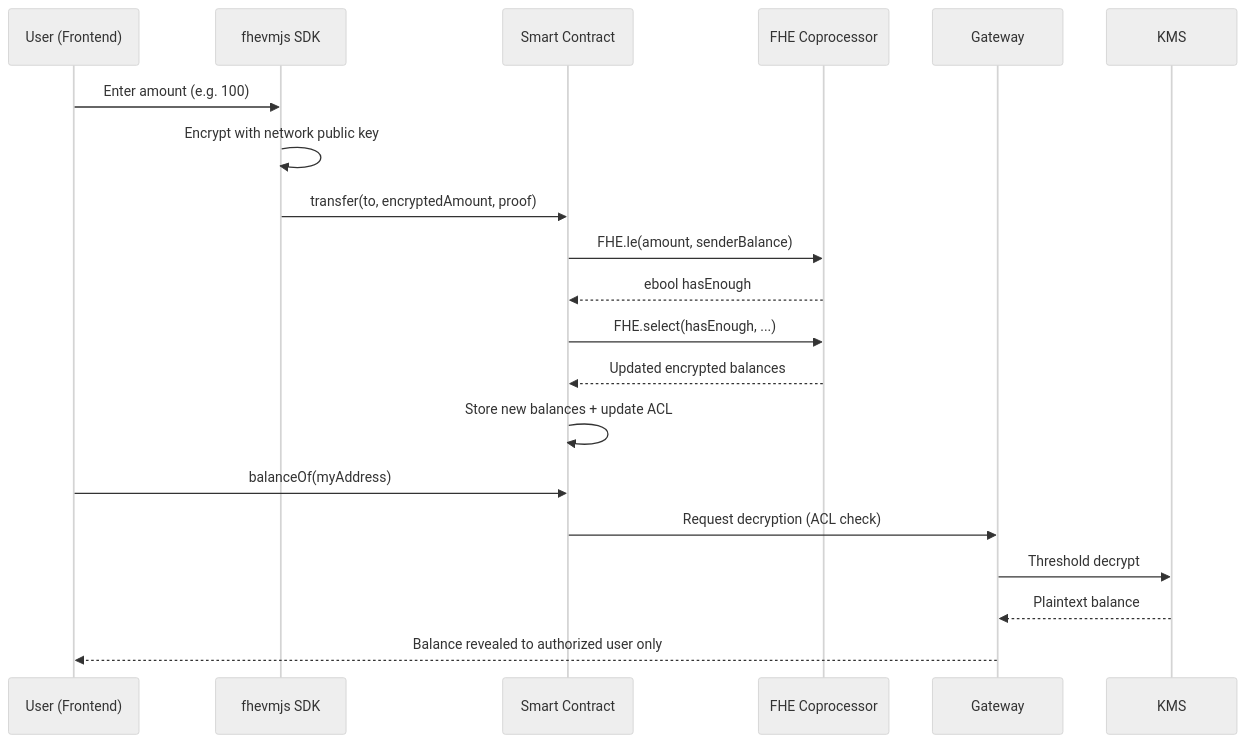
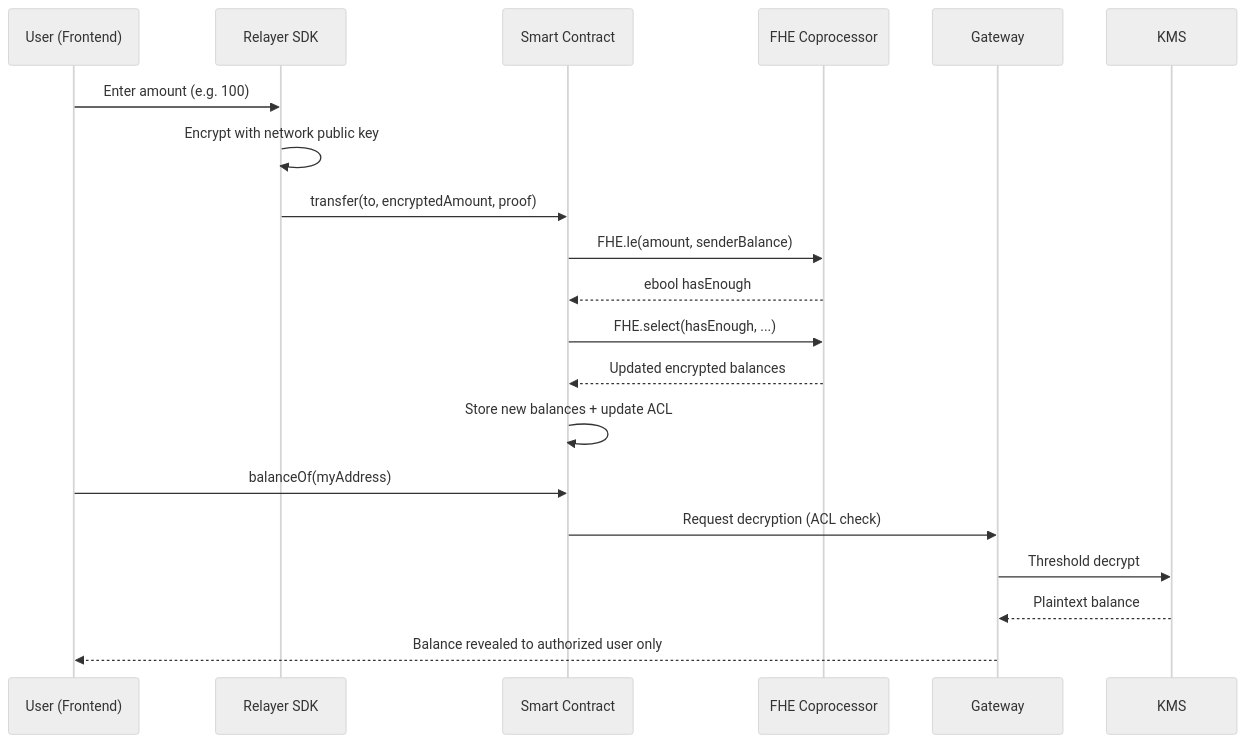
The fourth of 4 diagrams in modules/01-intro-to-fhe/lesson.md (Himess/fhevm-bootcamp), drawn with Mermaid (neutral theme) before and after one commit. The commit also changed other lines of this file and 79 other files, not shown here.

First line of the commit message:
docs audit: 100% Zama v0.10 compatibility + Relayer SDK migration

````diff
--- a/modules/01-intro-to-fhe/lesson.md
+++ b/modules/01-intro-to-fhe/lesson.md
@@ -495,23 +495,23 @@
 ```mermaid
 sequenceDiagram
     participant User as User (Frontend)
-    participant SDK as fhevmjs SDK
+    participant SDK as Relayer SDK
     participant Contract as Smart Contract
     participant Coprocessor as FHE Coprocessor
     participant Gateway as Gateway
     participant KMS as KMS
 
     User->>SDK: Enter amount (e.g. 100)
     SDK->>SDK: Encrypt with network public key
     SDK->>Contract: transfer(to, encryptedAmount, proof)
     Contract->>Coprocessor: FHE.le(amount, senderBalance)
     Coprocessor-->>Contract: ebool hasEnough
     Contract->>Coprocessor: FHE.select(hasEnough, ...)
     Coprocessor-->>Contract: Updated encrypted balances
     Contract->>Contract: Store new balances + update ACL
     User->>Contract: balanceOf(myAddress)
     Contract->>Gateway: Request decryption (ACL check)
     Gateway->>KMS: Threshold decrypt
     KMS-->>Gateway: Plaintext balance
     Gateway-->>User: Balance revealed to authorized user only
 ```
````
